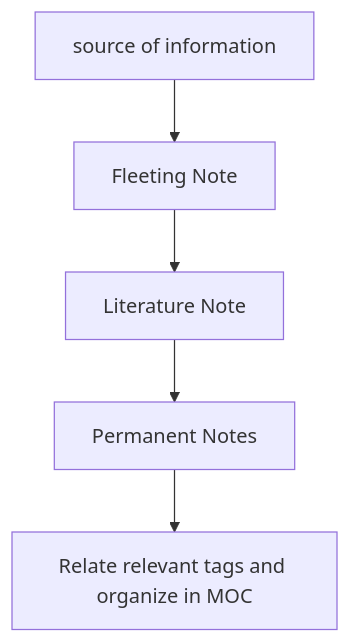
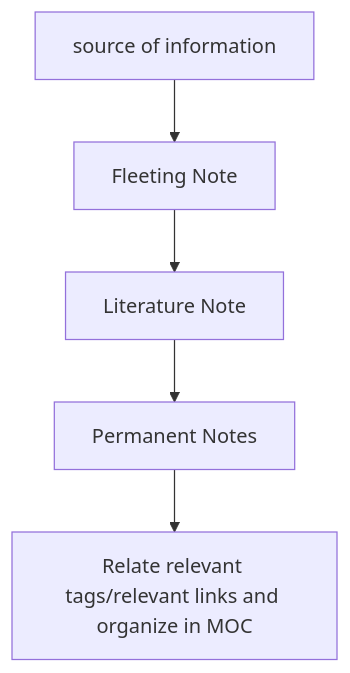
Before and after one commit to jumpman93/obsidian: the diagram in zzz/Note Taking.md, drawn with Mermaid. The commit also changed 35 other files, not shown here.

````diff
--- a/zzz/Note Taking.md
+++ b/zzz/Note Taking.md
@@ -20,10 +20,10 @@
 ```mermaid
 graph TB
 	
 	A[source of information] -->   B[Fleeting Note];
 	B --> C[Literature Note];
 	C --> D[Permanent Notes];
-	D --> E[Relate relevant tags and organize in MOC]
+	D --> E[Relate relevant tags/relevant links and organize in MOC]
 	
 
 ```
````
